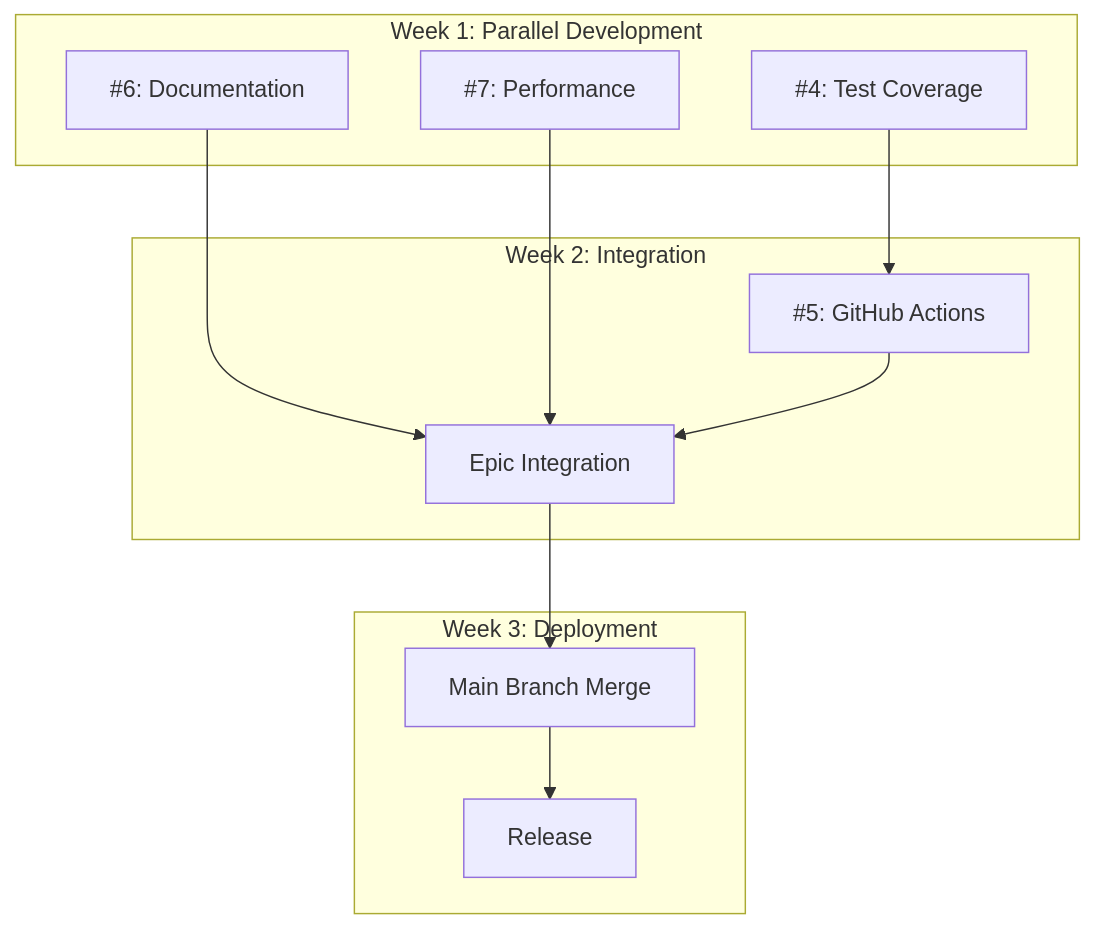
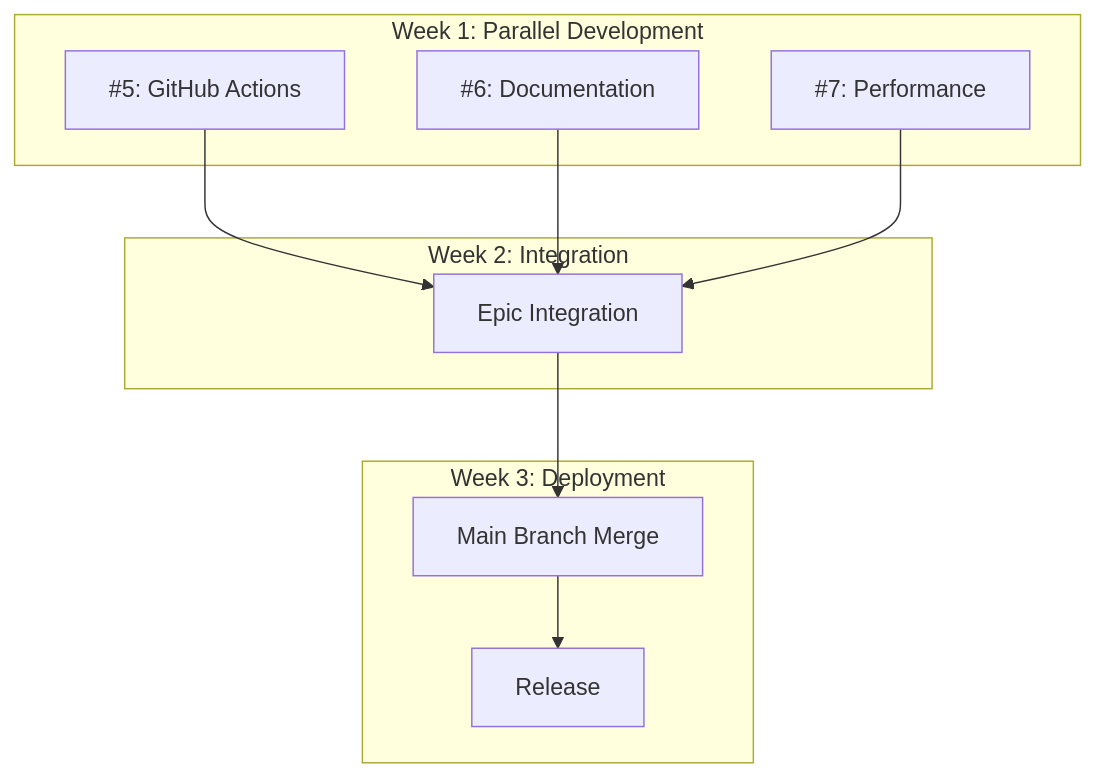
The fifth of 5 diagrams in docs/epic-progress-visual.md (info-tech-io/hugo-templates), drawn with Mermaid before and after one commit. The commit also changed other lines of this file and 4 other files, not shown here.

First line of the commit message:
Child Issue #5: GitHub Actions Optimization - Performance & Maintainability Boost (#10)

````diff
--- a/docs/epic-progress-visual.md
+++ b/docs/epic-progress-visual.md
@@ -161,25 +171,23 @@
 ```mermaid
 graph TB
     subgraph "Week 1: Parallel Development"
-        T[#4: Test Coverage]
+        G[#5: GitHub Actions]
         D[#6: Documentation]
         P[#7: Performance]
     end
 
     subgraph "Week 2: Integration"
-        G[#5: GitHub Actions]
         I[Epic Integration]
     end
 
     subgraph "Week 3: Deployment"
         M[Main Branch Merge]
         R[Release]
     end
 
-    T --> G
+    G --> I
     D --> I
     P --> I
-    G --> I
     I --> M
     M --> R
 ```
````
